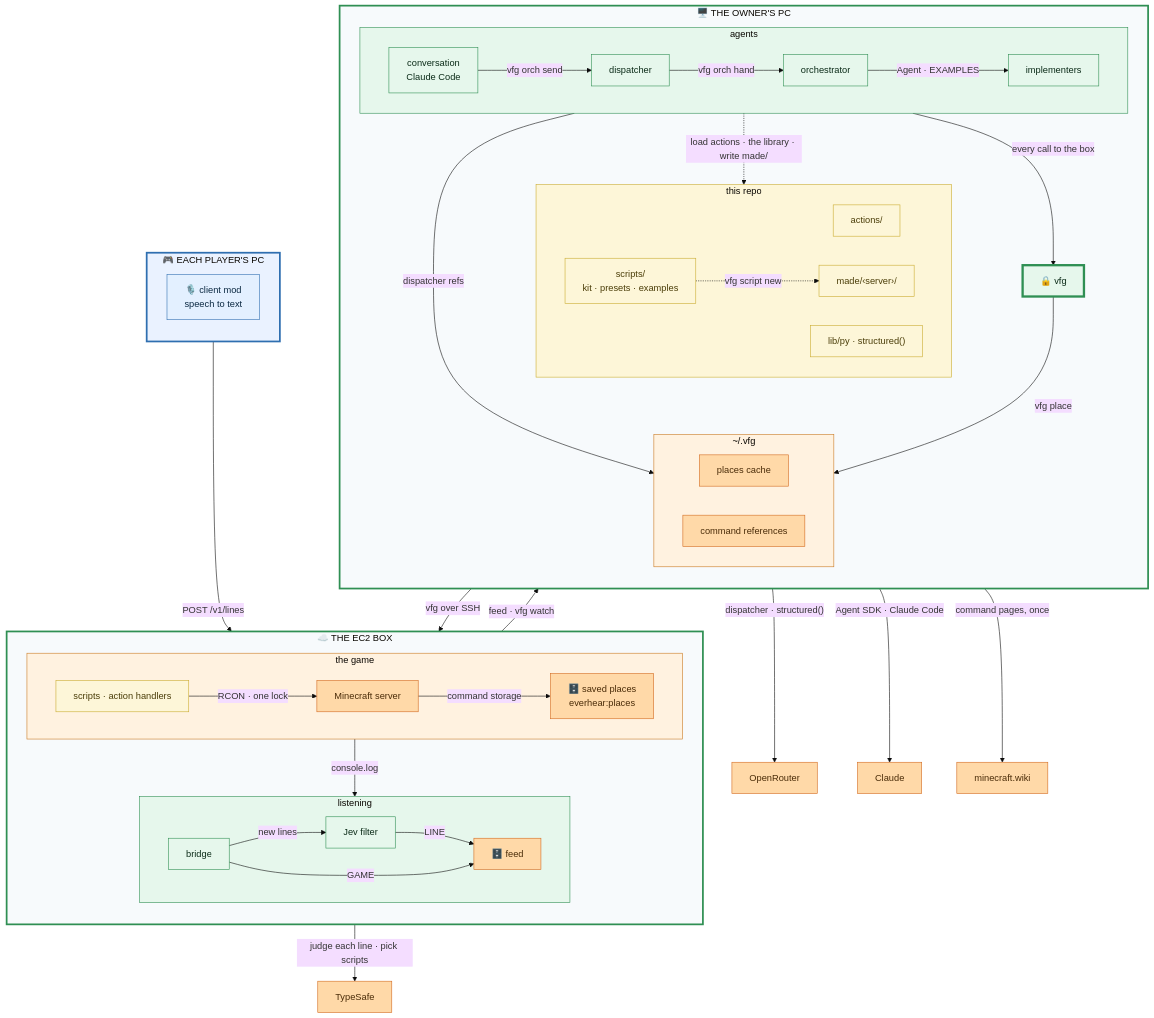
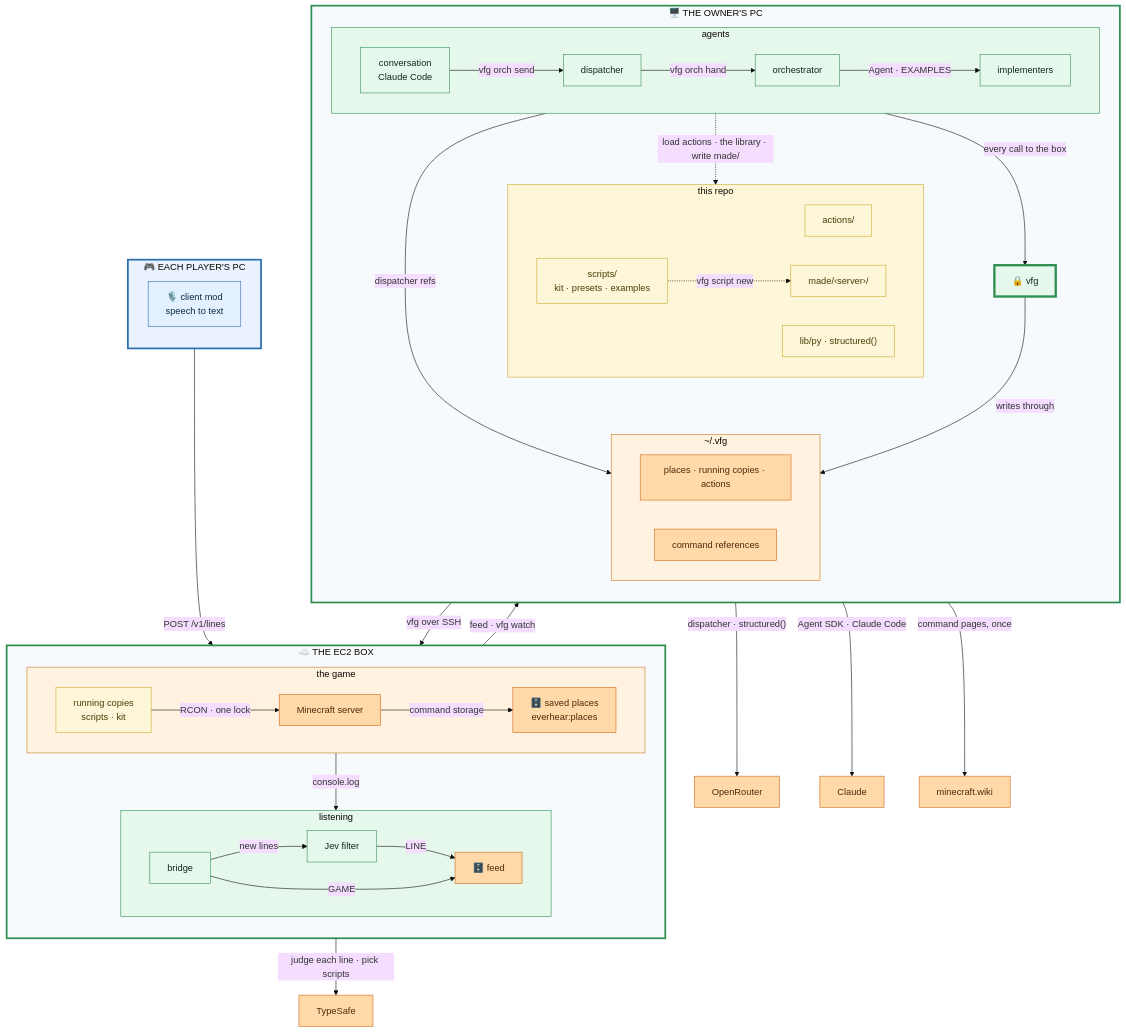
The diagram in README.md (jesse51002/everhear), drawn with Mermaid (base theme) before and after one commit. The commit also changed other lines of this file and 5 other files, not shown here.

First line of the commit message:
Docs for what was built: Contracts §1, §8, §10 and §14, the README and its graph, and the actions, scripts and toolkit READMEs

```diff
--- a/README.md
+++ b/README.md
@@ -25,7 +25,7 @@
       Bridge -->|"GAME"| Feed
     end
     subgraph Game["the game"]
-      Run["scripts · action handlers"]
+      Run["running copies<br/>scripts · kit"]
       MC["Minecraft server"]
       Places["🗄️ saved places<br/>everhear:places"]
       Run -->|"RCON · one lock"| MC
@@ -54,13 +54,13 @@
       Library -.->|"vfg script new"| Made
     end
     subgraph Home["~/.vfg"]
-      Cache["places cache"]
+      Cache["places · running copies · actions"]
       Refs["command references"]
     end
     Agents -->|"every call to the box"| Vfg
     Agents -.->|"load actions · the library · write made/"| Repo
     Agents -->|"dispatcher refs"| Home
-    Vfg -->|"vfg place"| Home
+    Vfg -->|"writes through"| Home
   end
 
   TypeSafe["TypeSafe"]
```
